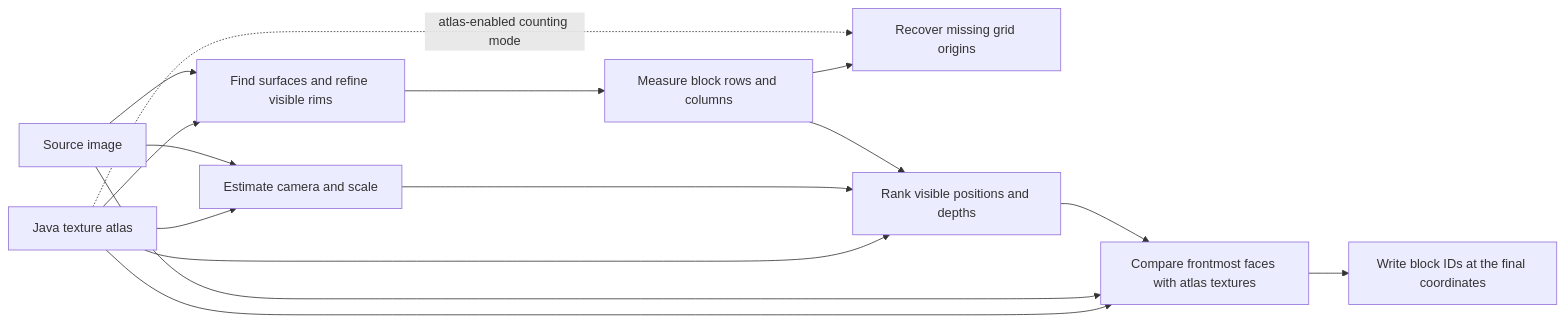
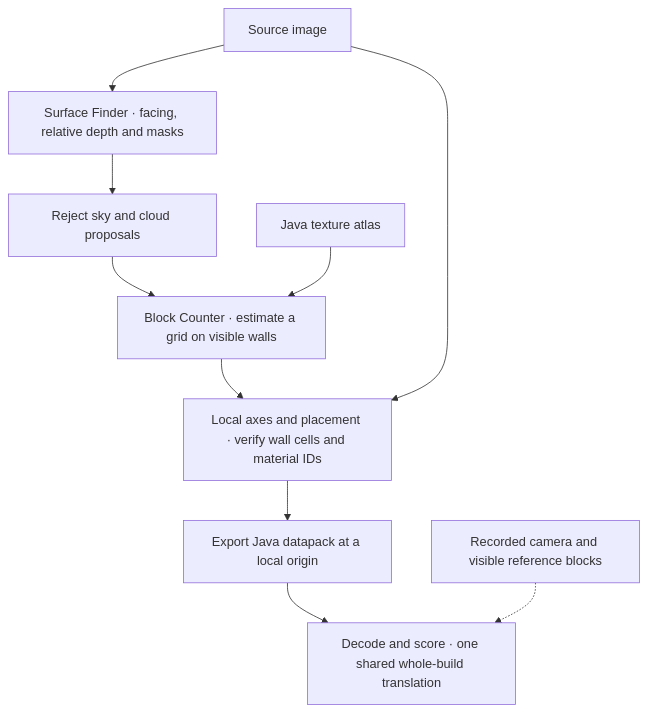
The diagram in ARCHITECTURE.md (jeremyepling/minecraft-image-reconstruction), drawn with Mermaid before and after one commit. The commit also changed other lines of this file and 12 other files, not shown here.

````diff
--- a/ARCHITECTURE.md
+++ b/ARCHITECTURE.md
@@ -58,17 +5,12 @@
 ```mermaid
-flowchart LR
-    S["Source image"] --> F["Find surfaces and refine visible rims"]
-    S --> C["Estimate camera and scale"]
-    A["Java texture atlas"] --> C
-    A --> F
-    F --> B["Measure block rows and columns"]
-    A -. "atlas-enabled counting mode" .-> O["Recover missing grid origins"]
-    B --> O
-    B --> P["Rank visible positions and depths"]
-    C --> P
-    A --> P
-    P --> M["Compare frontmost faces with atlas textures"]
-    S --> M
-    A --> M
-    M --> E["Write block IDs at the final coordinates"]
+flowchart TD
+    I["Source image"] --> F["Surface Finder · facing, relative depth and masks"]
+    F --> S["Reject sky and cloud proposals"]
+    S --> G["Block Counter · estimate a grid on visible walls"]
+    A["Java texture atlas"] --> G
+    G --> P["Local axes and placement · verify wall cells and material IDs"]
+    I --> P
+    P --> E["Export Java datapack at a local origin"]
+    E --> Q["Decode and score · one shared whole-build translation"]
+    T["Recorded camera and visible reference blocks"] -.-> Q
 ```
````
